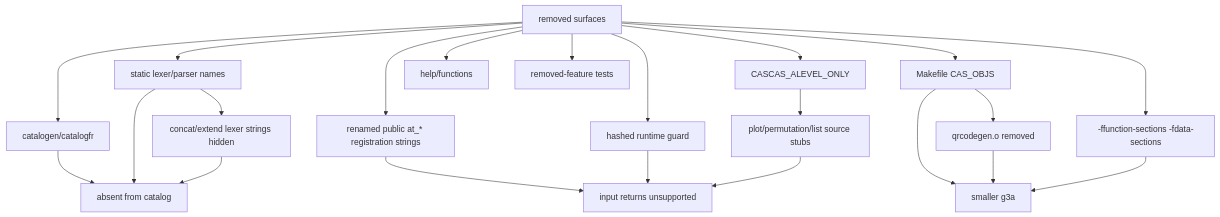
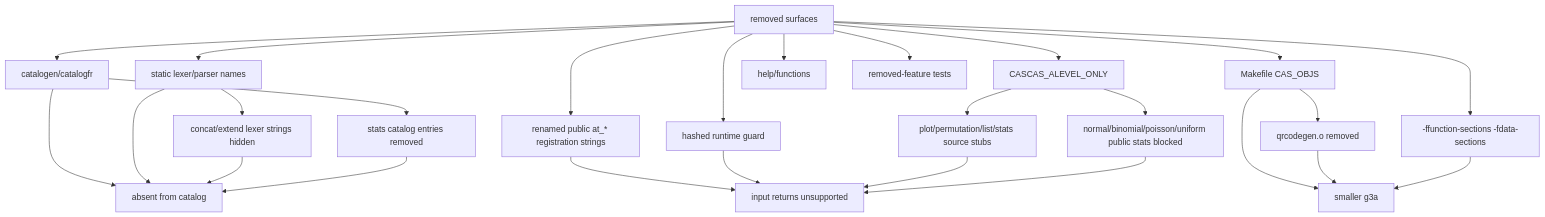
Before and after one commit to james8464/notes-addin-casio-fx-cg50: the fourth of 7 diagrams in docs/GRAPH.md, drawn with Mermaid. The commit also changed other lines of this file and 9 other files, not shown here.

Commit message:
prune public stats and probability helpers

````diff
--- a/docs/GRAPH.md
+++ b/docs/GRAPH.md
@@ -61,25 +61,29 @@
 ```mermaid
 graph TD
   Remove["removed surfaces"] --> Cat["catalogen/catalogfr"]
   Remove --> Lex["static lexer/parser names"]
   Remove --> Eval["renamed public at_* registration strings"]
   Remove --> Hash["hashed runtime guard"]
   Remove --> Obj["Makefile CAS_OBJS"]
   Remove --> Macro["CASCAS_ALEVEL_ONLY"]
   Remove --> Sec["-ffunction-sections -fdata-sections"]
   Obj --> QR["qrcodegen.o removed"]
-  Macro --> Stubs["plot/permutation/list source stubs"]
+  Macro --> Stubs["plot/permutation/list/stats source stubs"]
   Lex --> Hide["concat/extend lexer strings hidden"]
+  Macro --> Dist["normal/binomial/poisson/uniform public stats blocked"]
+  Cat --> StatsCat["stats catalog entries removed"]
   Remove --> Help["help/functions"]
   Remove --> Tests["removed-feature tests"]
 
   Cat --> Gate["absent from catalog"]
   Lex --> Gate
   Eval --> Gate2["input returns unsupported"]
   Hash --> Gate2
   Stubs --> Gate2
+  Dist --> Gate2
   Hide --> Gate
+  StatsCat --> Gate
   Obj --> Size["smaller g3a"]
   QR --> Size
   Sec --> Size
 ```
````
